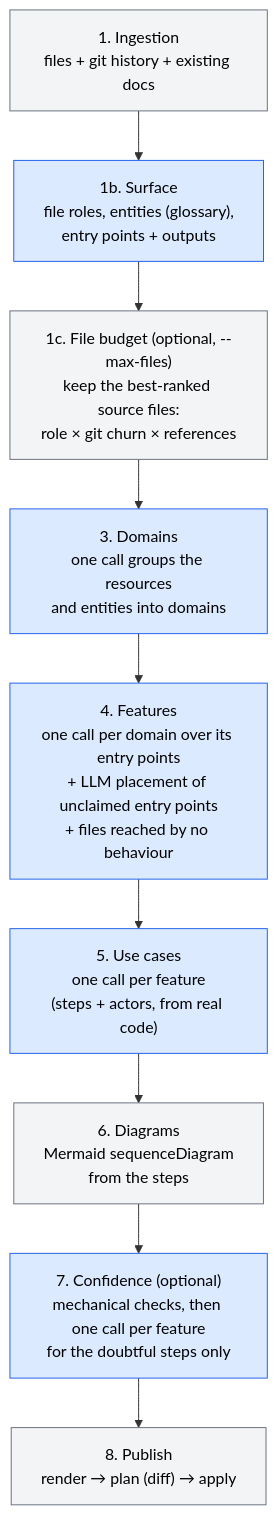
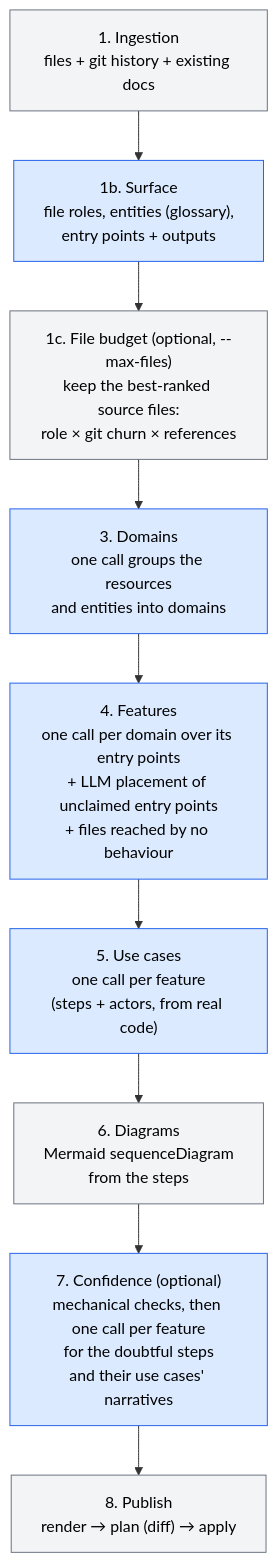
The fourth of 9 diagrams in docs/ARCHITECTURE.md (Electron-libre/RetroDoc), drawn with Mermaid before and after one commit. The commit also changed other lines of this file and 20 other files, not shown here.

First line of the commit message:
feat(pipeline): judge the use case narrative in the confidence call

````diff
--- a/docs/ARCHITECTURE.md
+++ b/docs/ARCHITECTURE.md
@@ -108,17 +108,17 @@
 ```mermaid
 flowchart TD
     A["1. Ingestion<br/>files + git history + existing docs"]:::det
     S["1b. Surface<br/>file roles, entities (glossary),<br/>entry points + outputs"]:::llm
     K["1c. File budget (optional, --max-files)<br/>keep the best-ranked source files:<br/>role × git churn × references"]:::det
     C["3. Domains<br/>one call groups the resources<br/>and entities into domains"]:::llm
     D["4. Features<br/>one call per domain over its entry points<br/>+ LLM placement of unclaimed entry points<br/>+ files reached by no behaviour"]:::llm
     E["5. Use cases<br/>one call per feature<br/>(steps + actors, from real code)"]:::llm
     F["6. Diagrams<br/>Mermaid sequenceDiagram<br/>from the steps"]:::det
-    G["7. Confidence (optional)<br/>mechanical checks, then one call per feature<br/>for the doubtful steps only"]:::llm
+    G["7. Confidence (optional)<br/>mechanical checks, then one call per feature<br/>for the doubtful steps<br/>and their use cases' narratives"]:::llm
     H["8. Publish<br/>render → plan (diff) → apply"]:::det
 
     A --> S --> K --> C --> D --> E --> F --> G --> H
 
     classDef llm fill:#dbeafe,stroke:#2563eb,color:#000
     classDef det fill:#f3f4f6,stroke:#6b7280,color:#000
 ```
````
